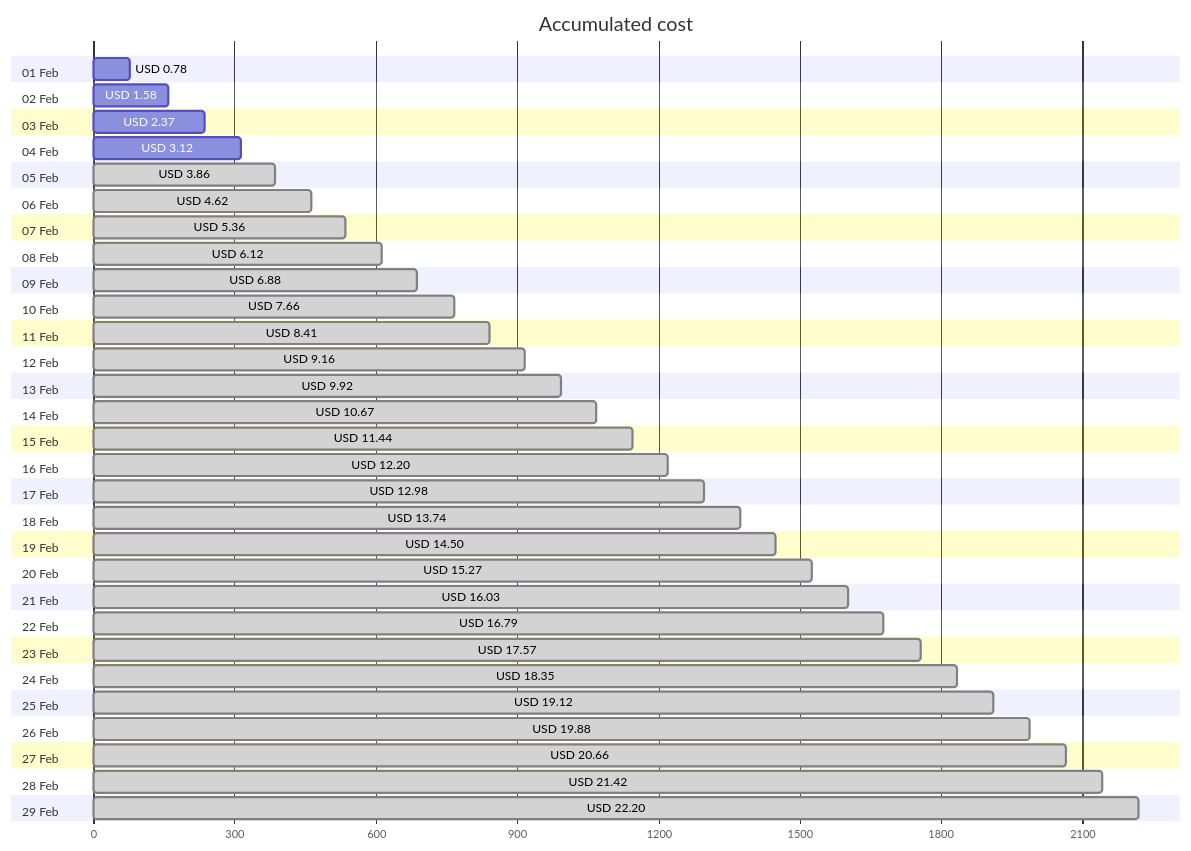
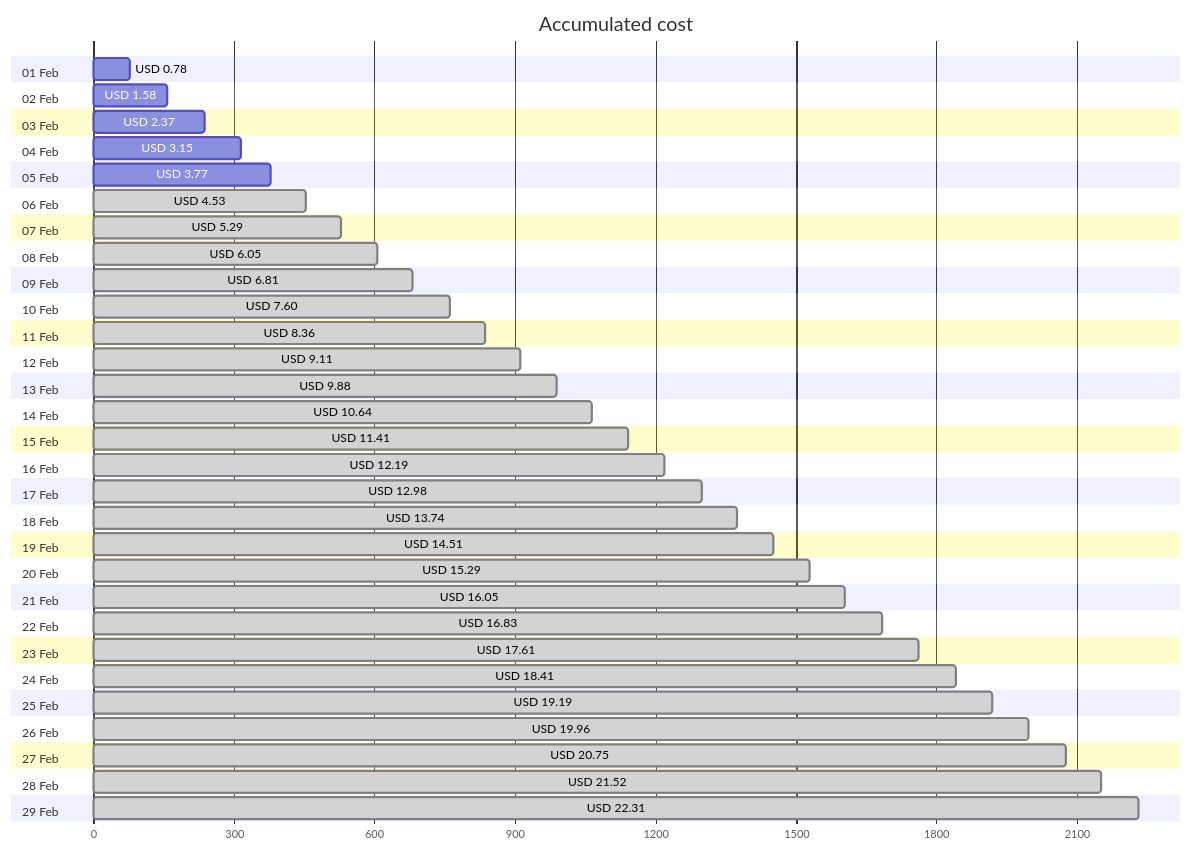
The first of 4 diagrams in cost-reports/personal-network/backup-server-data-disk.md (jpfulton/azure-personal-reports), drawn with Mermaid before and after one commit. The commit also changed other lines of this file and 8 other files, not shown here.

````diff
--- a/cost-reports/personal-network/backup-server-data-disk.md
+++ b/cost-reports/personal-network/backup-server-data-disk.md
@@ -20,64 +20,64 @@
 ```mermaid
 gantt
    title Accumulated cost
    dateFormat  X
    axisFormat %s
    section 01 Feb
    USD 0.78 :0, 78
    section 02 Feb
    USD 1.58 :0, 158
    section 03 Feb
    USD 2.37 :0, 237
    section 04 Feb
-   USD 3.12 :0, 312
+   USD 3.15 :0, 315
    section 05 Feb
-   USD 3.86 : done, 0, 386
+   USD 3.77 :0, 377
    section 06 Feb
-   USD 4.62 : done, 0, 462
+   USD 4.53 : done, 0, 453
    section 07 Feb
-   USD 5.36 : done, 0, 536
+   USD 5.29 : done, 0, 529
    section 08 Feb
-   USD 6.12 : done, 0, 612
+   USD 6.05 : done, 0, 605
    section 09 Feb
-   USD 6.88 : done, 0, 688
+   USD 6.81 : done, 0, 681
    section 10 Feb
-   USD 7.66 : done, 0, 766
+   USD 7.60 : done, 0, 760
    section 11 Feb
-   USD 8.41 : done, 0, 841
+   USD 8.36 : done, 0, 836
    section 12 Feb
-   USD 9.16 : done, 0, 916
+   USD 9.11 : done, 0, 911
    section 13 Feb
-   USD 9.92 : done, 0, 992
+   USD 9.88 : done, 0, 988
    section 14 Feb
-   USD 10.67 : done, 0, 1067
+   USD 10.64 : done, 0, 1064
    section 15 Feb
-   USD 11.44 : done, 0, 1144
+   USD 11.41 : done, 0, 1141
    section 16 Feb
-   USD 12.20 : done, 0, 1220
+   USD 12.19 : done, 0, 1219
    section 17 Feb
    USD 12.98 : done, 0, 1298
    section 18 Feb
    USD 13.74 : done, 0, 1374
    section 19 Feb
-   USD 14.50 : done, 0, 1450
+   USD 14.51 : done, 0, 1451
    section 20 Feb
-   USD 15.27 : done, 0, 1527
+   USD 15.29 : done, 0, 1529
    section 21 Feb
-   USD 16.03 : done, 0, 1603
+   USD 16.05 : done, 0, 1605
    section 22 Feb
-   USD 16.79 : done, 0, 1679
+   USD 16.83 : done, 0, 1683
    section 23 Feb
-   USD 17.57 : done, 0, 1757
+   USD 17.61 : done, 0, 1761
    section 24 Feb
-   USD 18.35 : done, 0, 1835
+   USD 18.41 : done, 0, 1841
    section 25 Feb
-   USD 19.12 : done, 0, 1912
+   USD 19.19 : done, 0, 1919
    section 26 Feb
-   USD 19.88 : done, 0, 1988
+   USD 19.96 : done, 0, 1996
    section 27 Feb
-   USD 20.66 : done, 0, 2066
+   USD 20.75 : done, 0, 2075
    section 28 Feb
-   USD 21.42 : done, 0, 2142
+   USD 21.52 : done, 0, 2152
    section 29 Feb
-   USD 22.20 : done, 0, 2220
+   USD 22.31 : done, 0, 2231
 ```
````
